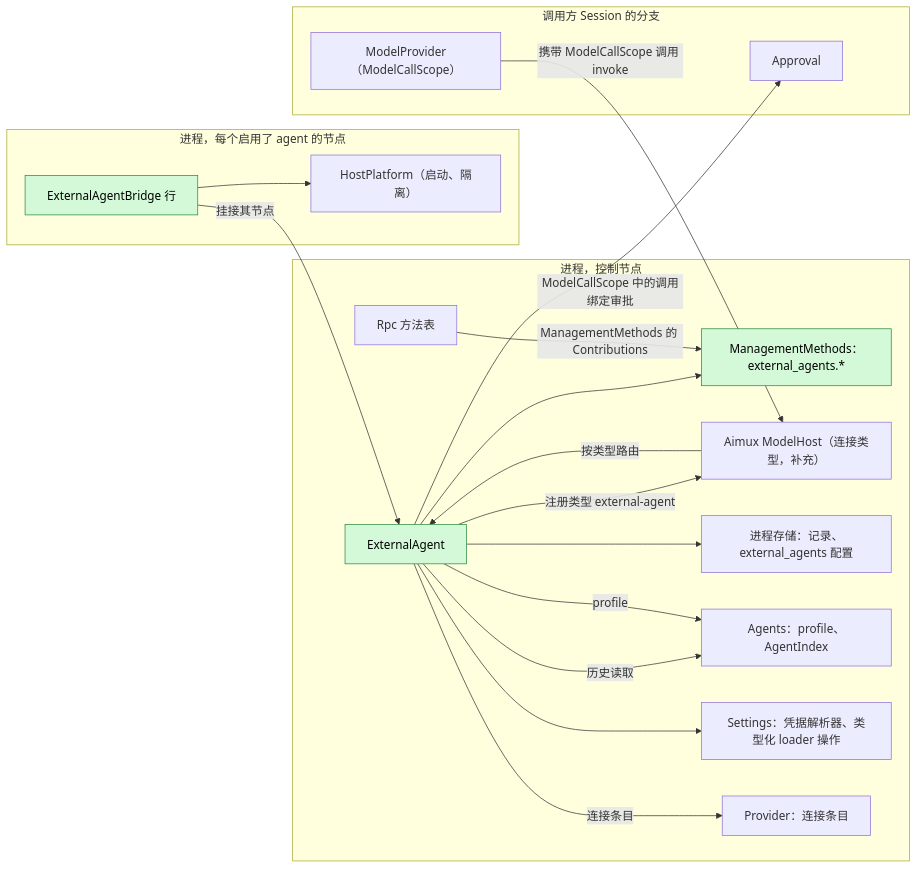
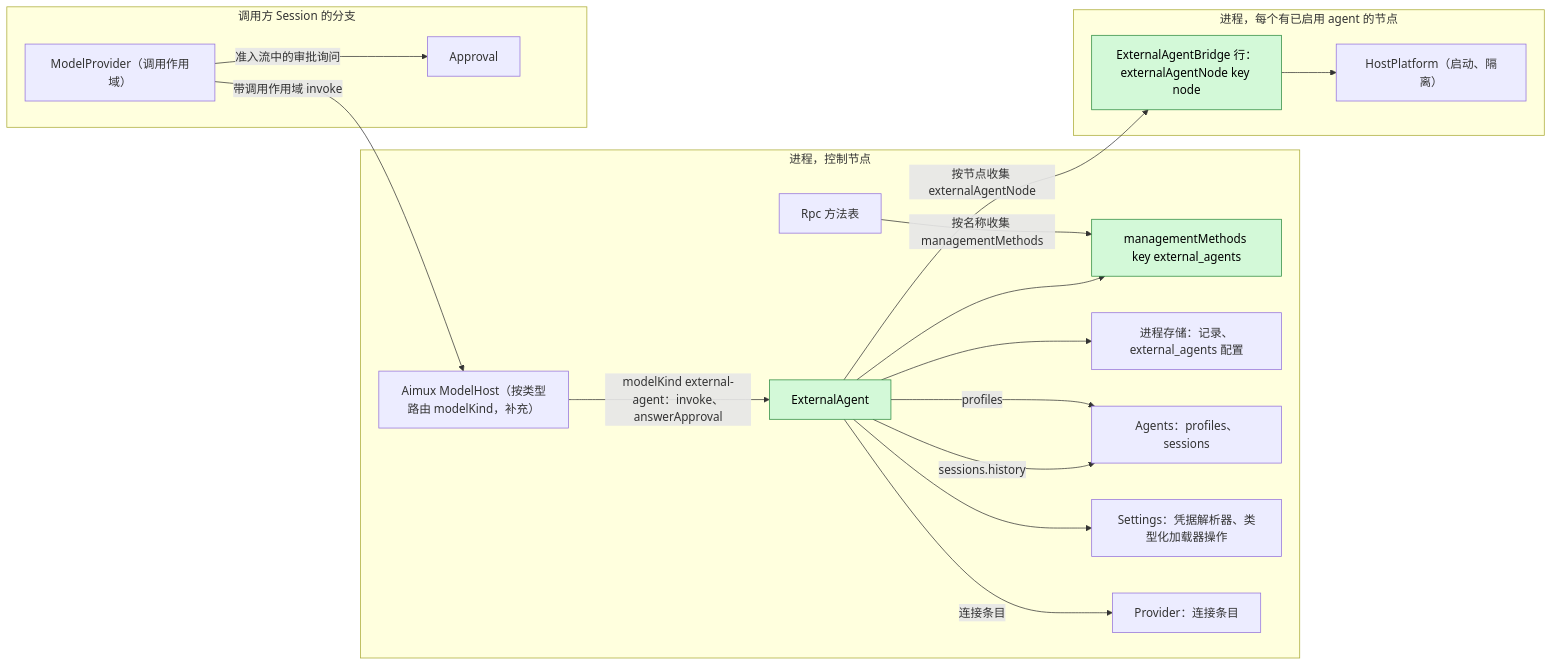
Before and after one commit to CoutinhoTTS/dim-agent: the first of 5 diagrams in docs/zh/design/plugins/ExternalAgent.md, drawn with Mermaid. The commit also changed other lines of this file and 18 other files, not shown here.

````diff
--- a/docs/zh/design/plugins/ExternalAgent.md
+++ b/docs/zh/design/plugins/ExternalAgent.md
@@ -9,35 +9,34 @@
 ```mermaid
 flowchart LR
   classDef new fill:#d3f9d8,stroke:#2b8a3e,color:#000
   subgraph proc["进程，控制节点"]
     EA["ExternalAgent"]:::new
-    MM["ManagementMethods：external_agents.*"]:::new
-    Aimux["Aimux ModelHost（连接类型，补充）"]
+    MM["managementMethods key external_agents"]:::new
+    Aimux["Aimux ModelHost（按类型路由 modelKind，补充）"]
     Rpc["Rpc 方法表"]
     Store["进程存储：记录、external_agents 配置"]
-    Agents["Agents：profile、AgentIndex"]
-    Settings["Settings：凭据解析器、类型化 loader 操作"]
+    Agents["Agents：profiles、sessions"]
+    Settings["Settings：凭据解析器、类型化加载器操作"]
     Provider["Provider：连接条目"]
   end
-  subgraph node["进程，每个启用了 agent 的节点"]
-    Bridge["ExternalAgentBridge 行"]:::new
+  subgraph node["进程，每个有已启用 agent 的节点"]
+    Bridge["ExternalAgentBridge 行：externalAgentNode key node"]:::new
     HP["HostPlatform（启动、隔离）"]
   end
   subgraph branch["调用方 Session 的分支"]
-    MP["ModelProvider（ModelCallScope）"]
+    MP["ModelProvider（调用作用域）"]
     Appr["Approval"]
   end
-  EA -->|"注册类型 external-agent"| Aimux
   EA --> MM
-  Rpc -->|"ManagementMethods 的 Contributions"| MM
-  MP -->|"携带 ModelCallScope 调用 invoke"| Aimux
-  Aimux -->|"按类型路由"| EA
-  EA -->|"ModelCallScope 中的调用绑定审批"| Appr
-  EA -->|"历史读取"| Agents
+  Rpc -->|"按名称收集 managementMethods"| MM
+  MP -->|"带调用作用域 invoke"| Aimux
+  Aimux -->|"modelKind external-agent：invoke、answerApproval"| EA
+  MP -->|"准入流中的审批询问"| Appr
+  EA -->|"sessions.history"| Agents
   EA --> Store
   EA --> Settings
   EA -->|"连接条目"| Provider
-  EA -->|"profile"| Agents
-  Bridge -->|"挂接其节点"| EA
+  EA -->|"profiles"| Agents
+  EA -->|"按节点收集 externalAgentNode"| Bridge
   Bridge --> HP
 ```
````
